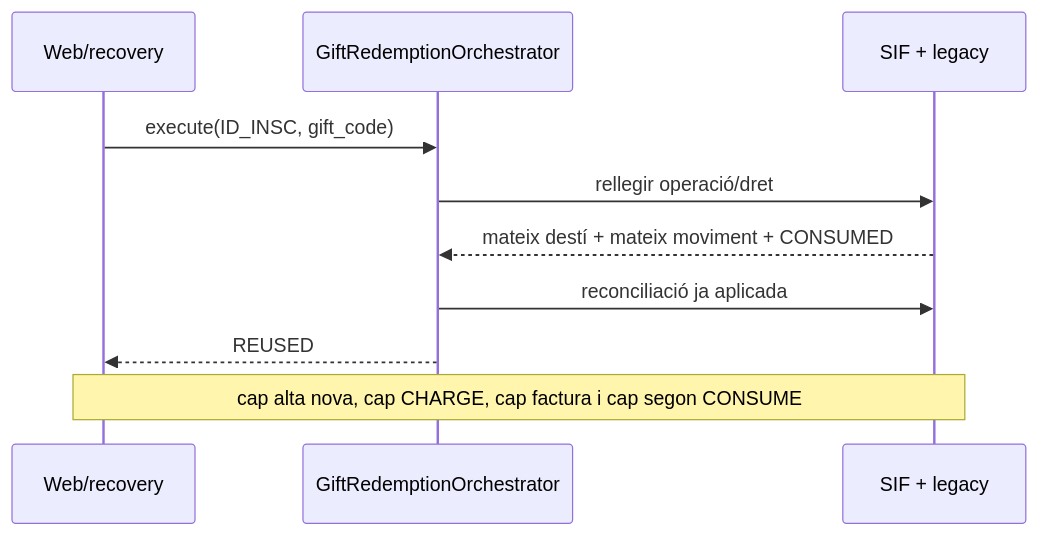
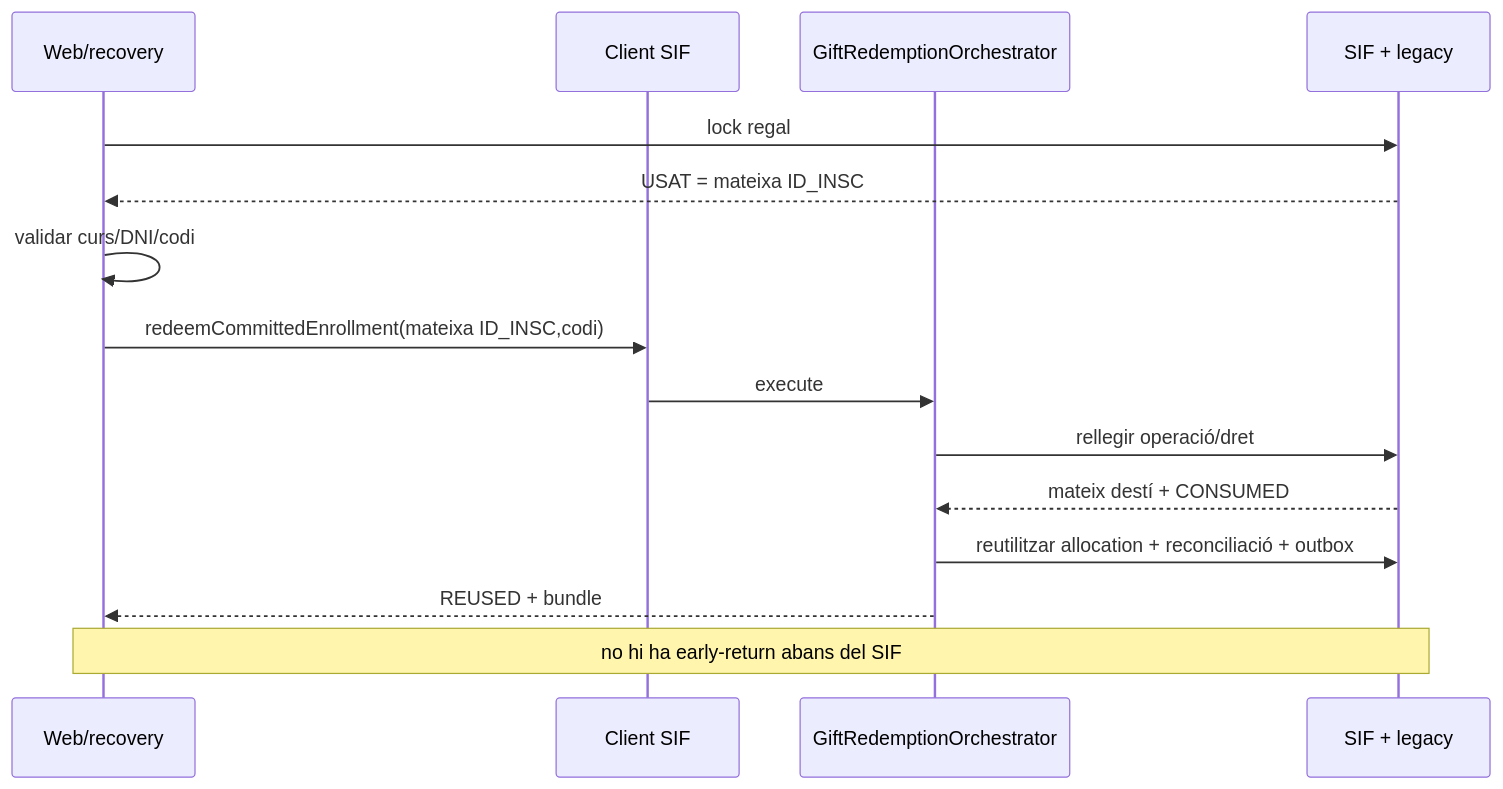
Before and after one commit to orgmeriemprismacat-del/verifactu: the fourth of 5 diagrams in documentacio/07-uml-integrat/uc-018-sequencies-actual-final.md, drawn with Mermaid. The commit also changed other lines of this file, not shown here.

Commit message:
docs(UC-018): reconciliar UML ACTUAL FINAL amb revalidacio 03-10

````diff
--- a/documentacio/07-uml-integrat/uc-018-sequencies-actual-final.md
+++ b/documentacio/07-uml-integrat/uc-018-sequencies-actual-final.md
@@ -61,12 +97,17 @@
 ```mermaid
 sequenceDiagram
 participant W as Web/recovery
+participant C as Client SIF
 participant O as GiftRedemptionOrchestrator
 participant DB as SIF + legacy
-W->>O: execute(ID_INSC, gift_code)
+W->>DB: lock regal
+DB-->>W: USAT = mateixa ID_INSC
+W->>W: validar curs/DNI/codi
+W->>C: redeemCommittedEnrollment(mateixa ID_INSC,codi)
+C->>O: execute
 O->>DB: rellegir operació/dret
-DB-->>O: mateix destí + mateix moviment + CONSUMED
-O->>DB: reconciliació ja aplicada
-O-->>W: REUSED
-Note over W,DB: cap alta nova, cap CHARGE, cap factura i cap segon CONSUME
+DB-->>O: mateix destí + CONSUMED
+O->>DB: reutilitzar allocation + reconciliació + outbox
+O-->>W: REUSED + bundle
+Note over W,DB: no hi ha early-return abans del SIF
 ```
````
